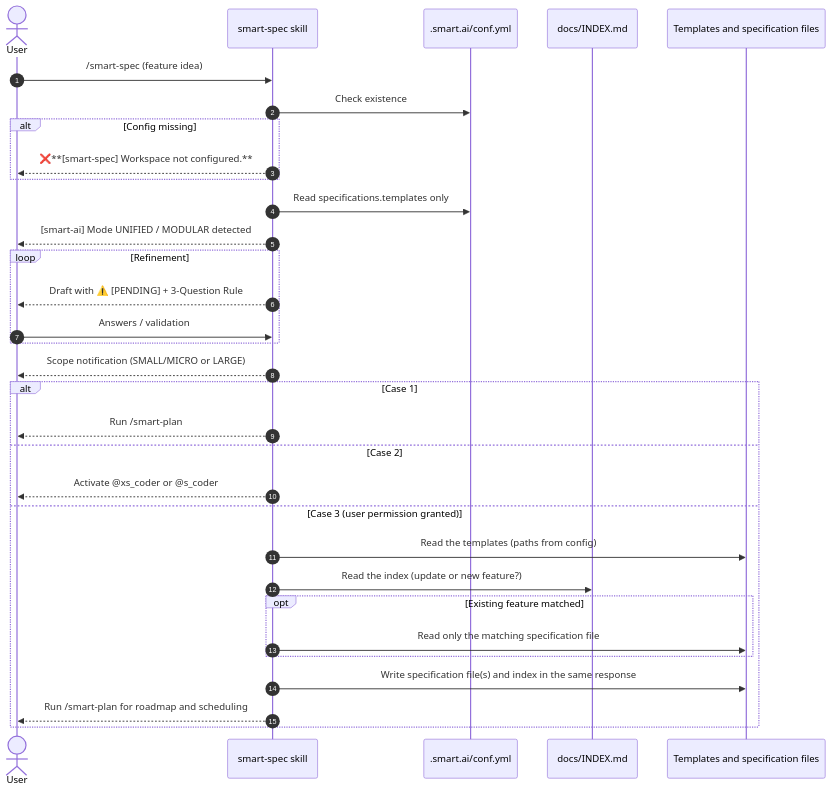
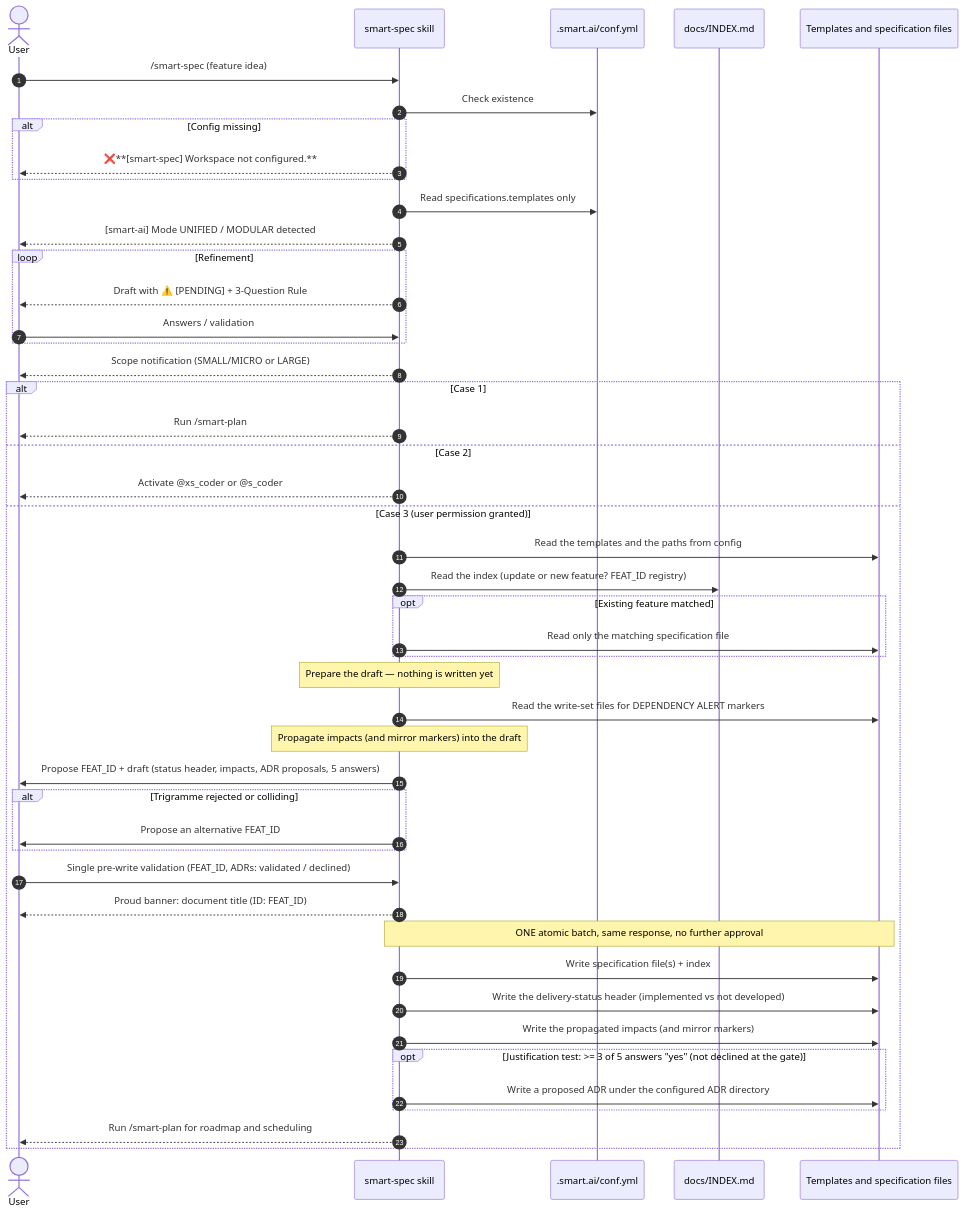
One commit to fletort/smart-ai-factory changed the second of 2 diagrams in docs/specs/smart-spec.md. Above: the diagram before and after it, drawn with Mermaid. The commit also changed other lines of this file and 11 other files, not shown here.

````diff
--- a/docs/specs/smart-spec.md
+++ b/docs/specs/smart-spec.md
@@ -130,35 +294,50 @@
   ```mermaid
   sequenceDiagram
       autonumber
       actor User
       participant Skill as smart-spec skill
       participant Cfg as .smart.ai/conf.yml
       participant Idx as docs/INDEX.md
       participant Specs as Templates and specification files
 
       User->>Skill: /smart-spec (feature idea)
       Skill->>Cfg: Check existence
       alt Config missing
           Skill-->>User: ❌**[smart-spec] Workspace not configured.**
       end
       Skill->>Cfg: Read specifications.templates only
       Skill-->>User: [smart-ai] Mode UNIFIED / MODULAR detected
       loop Refinement
           Skill-->>User: Draft with ⚠️ [PENDING] + 3-Question Rule
           User->>Skill: Answers / validation
       end
       Skill-->>User: Scope notification (SMALL/MICRO or LARGE)
       alt Case 1
           Skill-->>User: Run /smart-plan
       else Case 2
           Skill-->>User: Activate @xs_coder or @s_coder
       else Case 3 (user permission granted)
-          Skill->>Specs: Read the templates (paths from config)
-          Skill->>Idx: Read the index (update or new feature?)
+          Skill->>Specs: Read the templates and the paths from config
+          Skill->>Idx: Read the index (update or new feature? FEAT_ID registry)
           opt Existing feature matched
               Skill->>Specs: Read only the matching specification file
           end
-          Skill->>Specs: Write specification file(s) and index in the same response
+          Note over Skill: Prepare the draft — nothing is written yet
+          Skill->>Specs: Read the write-set files for DEPENDENCY ALERT markers
+          Note over Skill: Propagate impacts (and mirror markers) into the draft
+          Skill->>User: Propose FEAT_ID + draft (status header, impacts, ADR proposals, 5 answers)
+          alt Trigramme rejected or colliding
+              Skill->>User: Propose an alternative FEAT_ID
+          end
+          User->>Skill: Single pre-write validation (FEAT_ID, ADRs: validated / declined)
+          Skill-->>User: Proud banner: document title (ID: FEAT_ID)
+          Note over Skill,Specs: ONE atomic batch, same response, no further approval
+          Skill->>Specs: Write specification file(s) + index
+          Skill->>Specs: Write the delivery-status header (implemented vs not developed)
+          Skill->>Specs: Write the propagated impacts (and mirror markers)
+          opt Justification test: >= 3 of 5 answers "yes" (not declined at the gate)
+              Skill->>Specs: Write a proposed ADR under the configured ADR directory
+          end
           Skill-->>User: Run /smart-plan for roadmap and scheduling
       end
   ```
````
